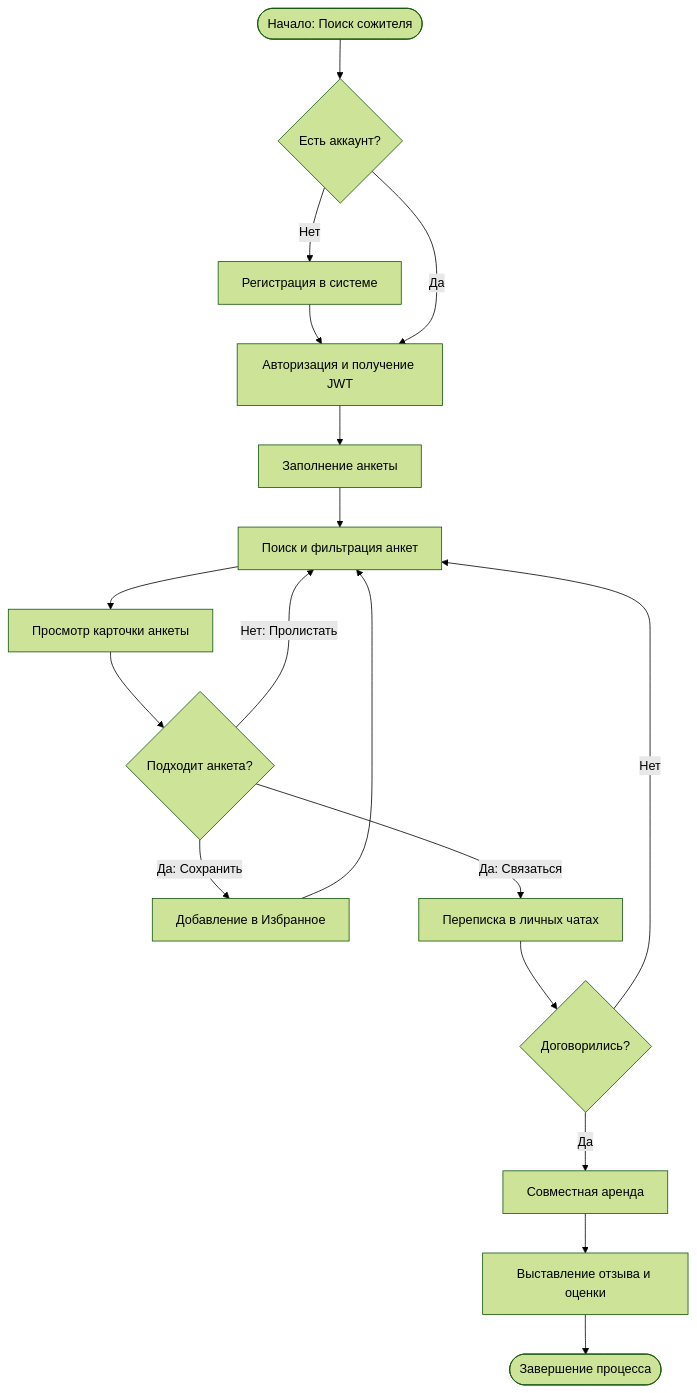
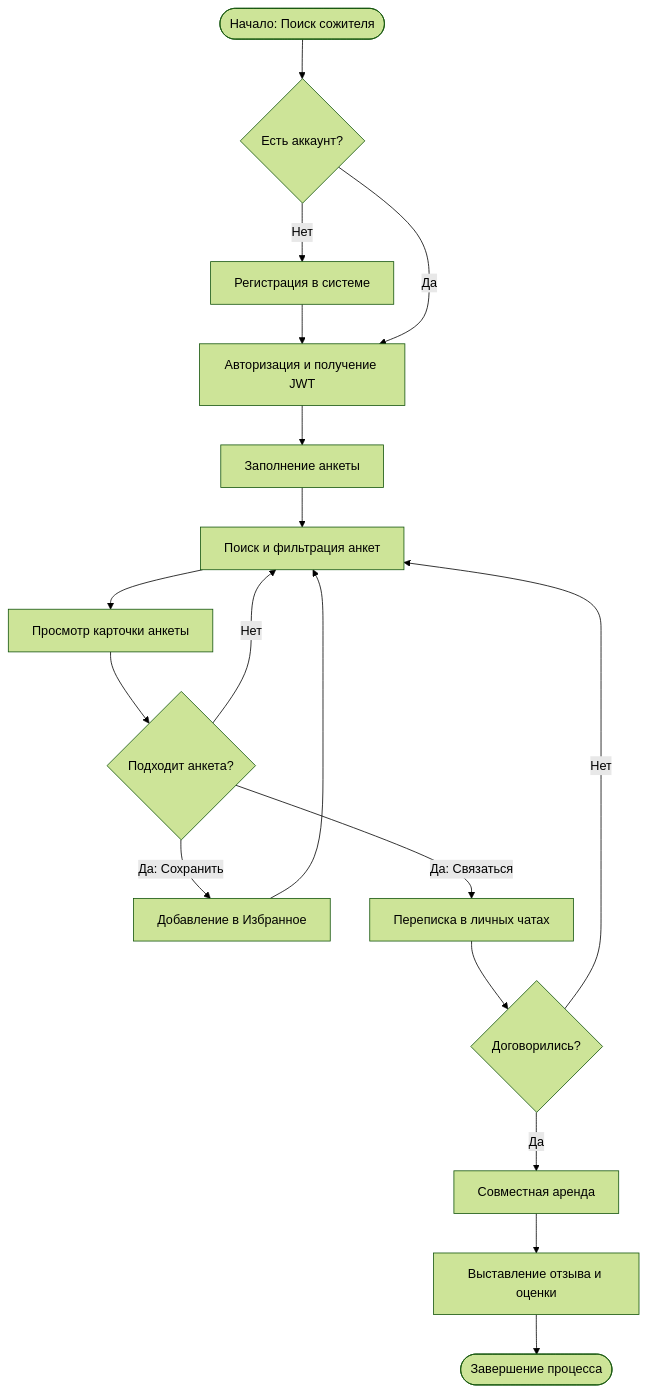
Before and after one commit to chizhikovannet/pet-project: the diagram in docs/models.md, drawn with Mermaid (forest theme).

````diff
--- a/docs/models.md
+++ b/docs/models.md
@@ -1,27 +1,27 @@
 ```mermaid
 flowchart TD
     Start([Начало: Поиск сожителя]) --> AuthCheck{Есть аккаунт?}
 
     AuthCheck -- Нет --> Register[Регистрация в системе]
     Register --> Login[Авторизация и получение JWT]
     AuthCheck -- Да --> Login
 
     Login --> CreateProfile[Заполнение анкеты]
     CreateProfile --> Search[Поиск и фильтрация анкет]
 
     Search --> ViewCard[Просмотр карточки анкеты]
     ViewCard --> Found{Подходит анкета?}
 
-    Found -- Нет: Пролистать --> Search
+    Found -- Нет --> Search
     Found -- Да: Сохранить --> SaveFav[Добавление в Избранное]
     SaveFav --> Search
     Found -- Да: Связаться --> Chat[Переписка в личных чатах]
 
     Chat --> Agree{Договорились?}
 
     Agree -- Нет --> Search
     Agree -- Да --> CoRent[Совместная аренда]
 
     CoRent --> Rate[Выставление отзыва и оценки]
     Rate --> End([Завершение процесса])
 ```
````
